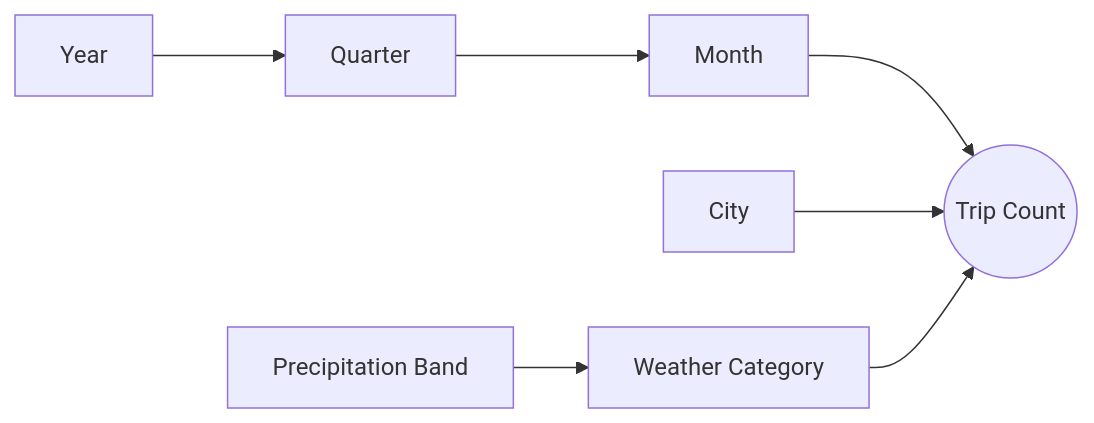
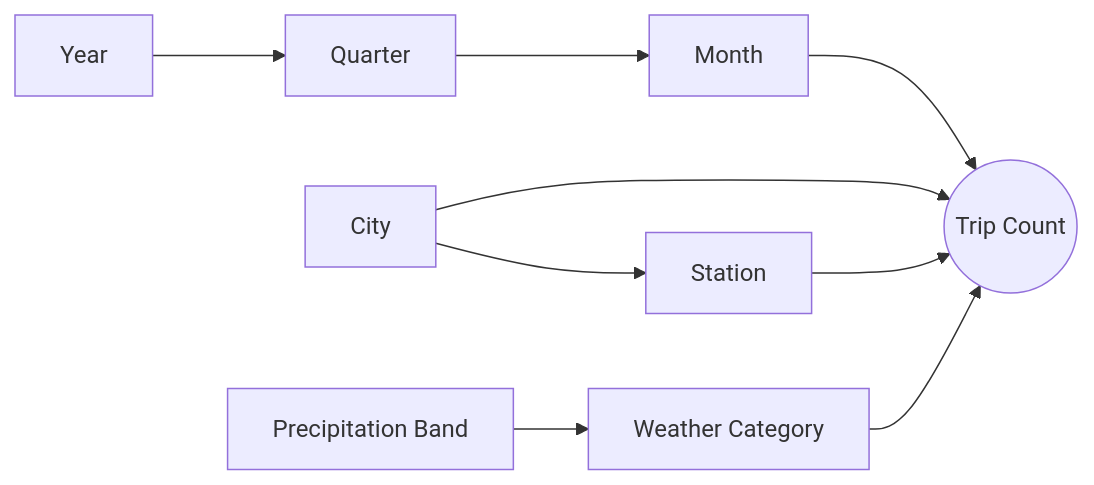
One commit to 1653072/hcmus-master-is-bi changed the ninth of 9 diagrams in 4_Official_Hop_Project/README.md. Above: the diagram before and after it, drawn with Mermaid. The commit also changed other lines of this file and 2 other files, not shown here.

Commit message:
feat(olap): add station level to city hierarchy

````diff
--- a/4_Official_Hop_Project/README.md
+++ b/4_Official_Hop_Project/README.md
@@ -1515,9 +1515,10 @@
 ```mermaid
 flowchart LR
   Y[Year] --> Q[Quarter] --> M[Month]
-  C[City]
+  C[City] --> S[Station]
   P[Precipitation Band] --> W[Weather Category]
   M --> F((Trip Count))
   C --> F
+  S --> F
   W --> F
 ```
````
